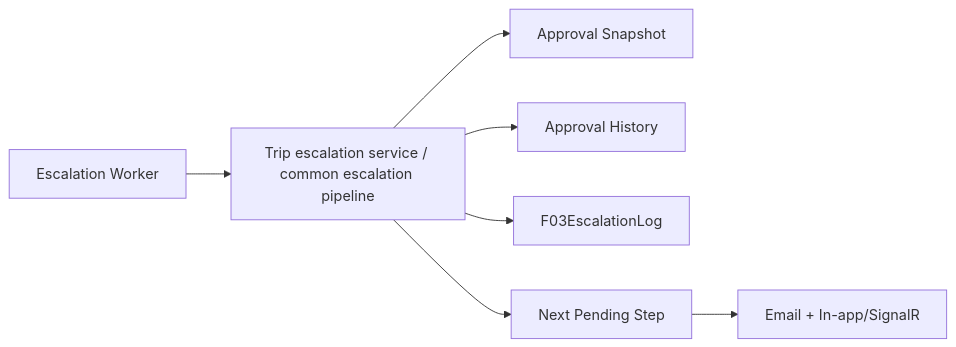
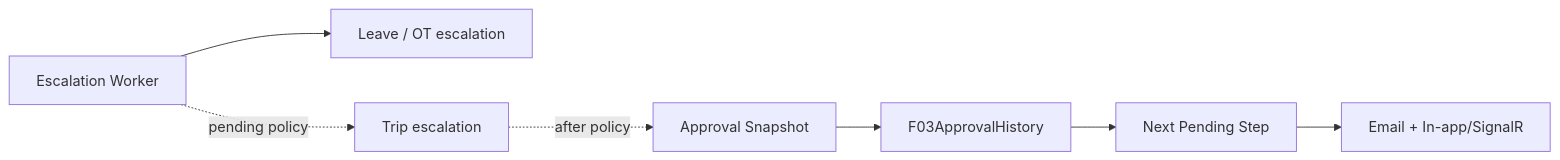
The fourth of 6 diagrams in MÔ HÌNH/09_TRIP.md (Nang0559/Reggister), drawn with Mermaid before and after one commit. The commit also changed other lines of this file, not shown here.

Commit message:
docs(trip): clarify Trip escalation and status semantics

````diff
--- a/MÔ HÌNH/09_TRIP.md
+++ b/MÔ HÌNH/09_TRIP.md
@@ -137,9 +137,9 @@
 ```mermaid
 flowchart LR
-    W[Escalation Worker] --> S[Trip escalation service / common escalation pipeline]
-    S --> SNAP[Approval Snapshot]
-    S --> HIST[Approval History]
-    S --> ESC[F03EscalationLog]
-    S --> NEXT[Next Pending Step]
+    W[Escalation Worker] --> L[Leave / OT escalation]
+    W -. pending policy .-> T[Trip escalation]
+    T -. after policy .-> SNAP[Approval Snapshot]
+    SNAP --> HIST[F03ApprovalHistory]
+    HIST --> NEXT[Next Pending Step]
     NEXT --> N[Email + In-app/SignalR]
 ```
````
